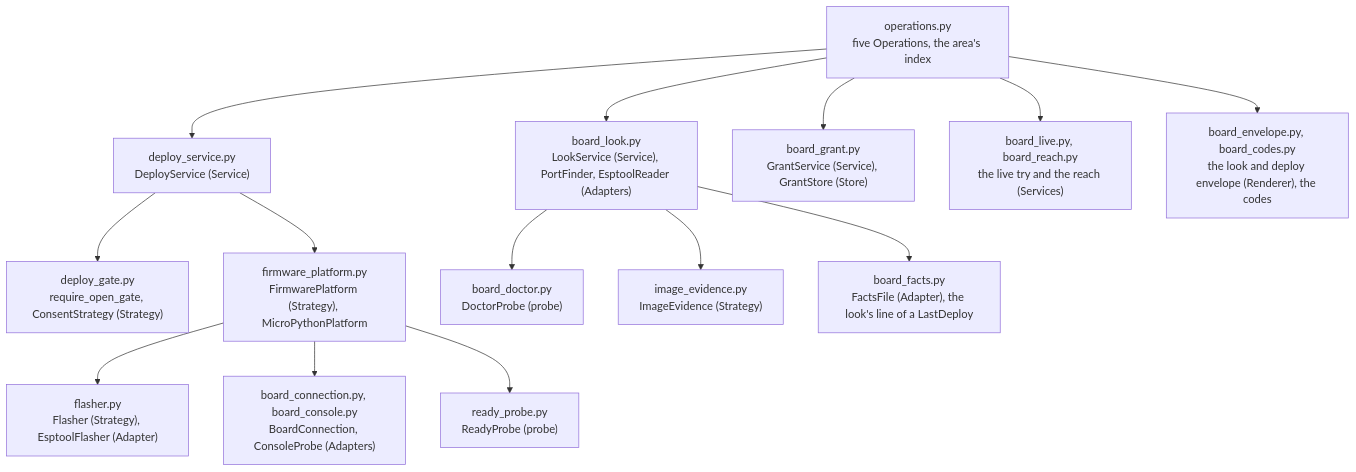
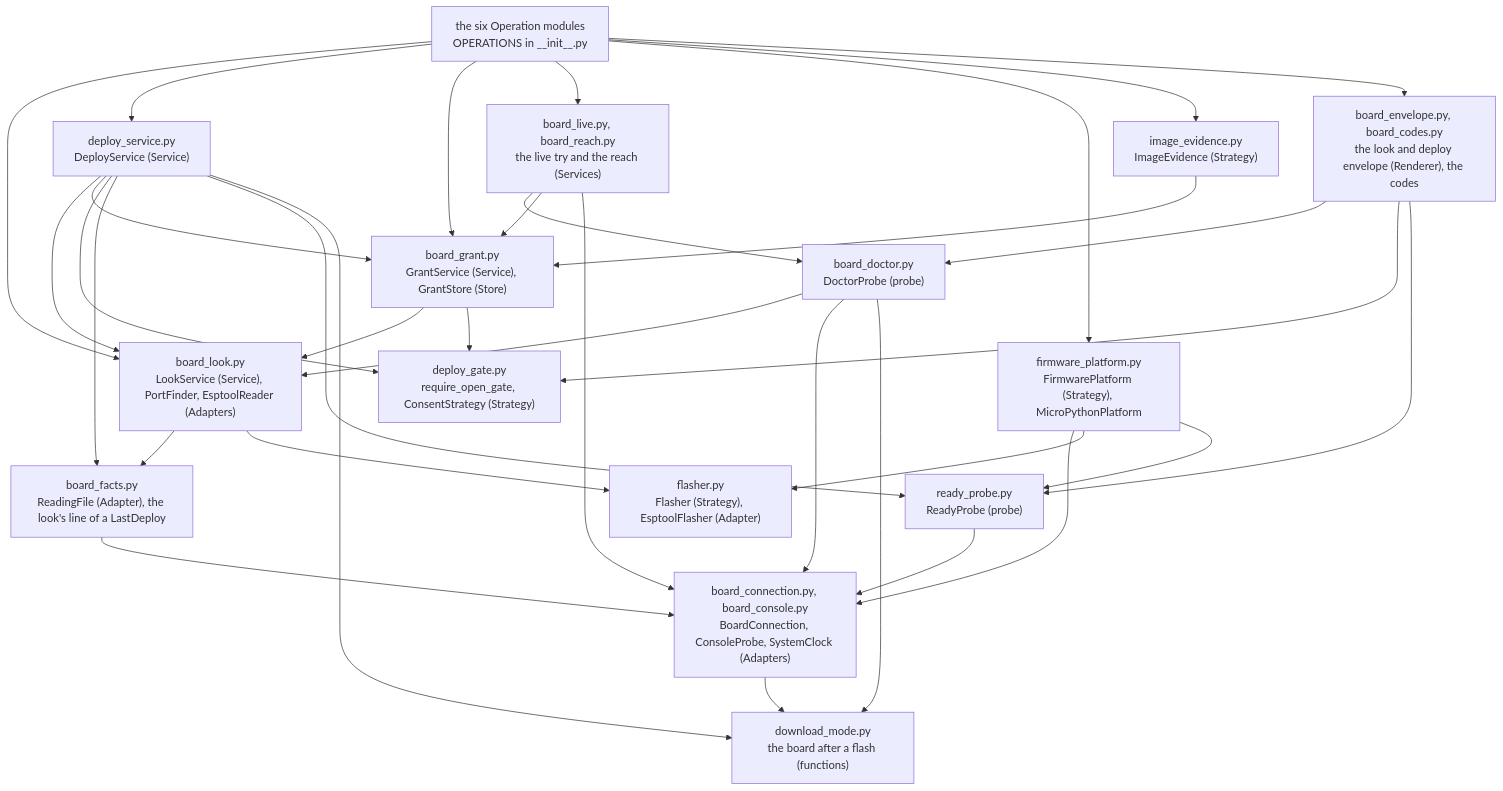
Before and after one commit to xmejkal/spark: the first of 3 diagrams in docs/discovery/2026-10-19-p323-target-architecture/architecture/areas/bench.md, drawn with Mermaid. The commit also changed other lines of this file and 13 other files, not shown here.

````diff
--- a/docs/discovery/2026-10-19-p323-target-architecture/architecture/areas/bench.md
+++ b/docs/discovery/2026-10-19-p323-target-architecture/architecture/areas/bench.md
@@ -32,17 +34,37 @@
 ```mermaid
 flowchart TB
-  OPS["operations.py<br/>five Operations, the area's index"]
+  OPS["the six Operation modules<br/>OPERATIONS in __init__.py"]
   OPS --> LOOK["board_look.py<br/>LookService (Service), PortFinder, EsptoolReader (Adapters)"]
   OPS --> DEP["deploy_service.py<br/>DeployService (Service)"]
   OPS --> GRANT["board_grant.py<br/>GrantService (Service), GrantStore (Store)"]
   OPS --> LIVE["board_live.py, board_reach.py<br/>the live try and the reach (Services)"]
+  OPS --> PLAT["firmware_platform.py<br/>FirmwarePlatform (Strategy), MicroPythonPlatform"]
+  OPS --> EV["image_evidence.py<br/>ImageEvidence (Strategy)"]
+  OPS --> ENV["board_envelope.py, board_codes.py<br/>the look and deploy envelope (Renderer), the codes"]
+  DEP --> LOOK
+  DEP --> GRANT
   DEP --> GATE["deploy_gate.py<br/>require_open_gate, ConsentStrategy (Strategy)"]
-  DEP --> PLAT["firmware_platform.py<br/>FirmwarePlatform (Strategy), MicroPythonPlatform"]
-  PLAT --> FL["flasher.py<br/>Flasher (Strategy), EsptoolFlasher (Adapter)"]
-  PLAT --> CONN["board_connection.py, board_console.py<br/>BoardConnection, ConsoleProbe (Adapters)"]
-  PLAT --> READY["ready_probe.py<br/>ReadyProbe (probe)"]
-  LOOK --> DOC["board_doctor.py<br/>DoctorProbe (probe)"]
-  LOOK --> EV["image_evidence.py<br/>ImageEvidence (Strategy)"]
-  OPS --> ENV["board_envelope.py, board_codes.py<br/>the look and deploy envelope (Renderer), the codes"]
-  LOOK --> FACTS["board_facts.py<br/>FactsFile (Adapter), the look's line of a LastDeploy"]
+  DEP --> FACTS["board_facts.py<br/>ReadingFile (Adapter), the look's line of a LastDeploy"]
+  DEP --> READY["ready_probe.py<br/>ReadyProbe (probe)"]
+  DEP --> DM["download_mode.py<br/>the board after a flash (functions)"]
+  GRANT --> LOOK
+  GRANT --> GATE
+  LIVE --> DOC["board_doctor.py<br/>DoctorProbe (probe)"]
+  LIVE --> GRANT
+  LIVE --> CONN["board_connection.py, board_console.py<br/>BoardConnection, ConsoleProbe, SystemClock (Adapters)"]
+  DOC --> LOOK
+  DOC --> CONN
+  DOC --> DM
+  ENV --> DOC
+  ENV --> GATE
+  ENV --> READY
+  LOOK --> FACTS
+  LOOK --> FL["flasher.py<br/>Flasher (Strategy), EsptoolFlasher (Adapter)"]
+  PLAT --> CONN
+  PLAT --> FL
+  PLAT --> READY
+  EV --> GRANT
+  READY --> CONN
+  FACTS --> CONN
+  CONN --> DM
 ```
````
